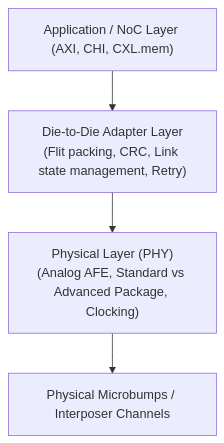
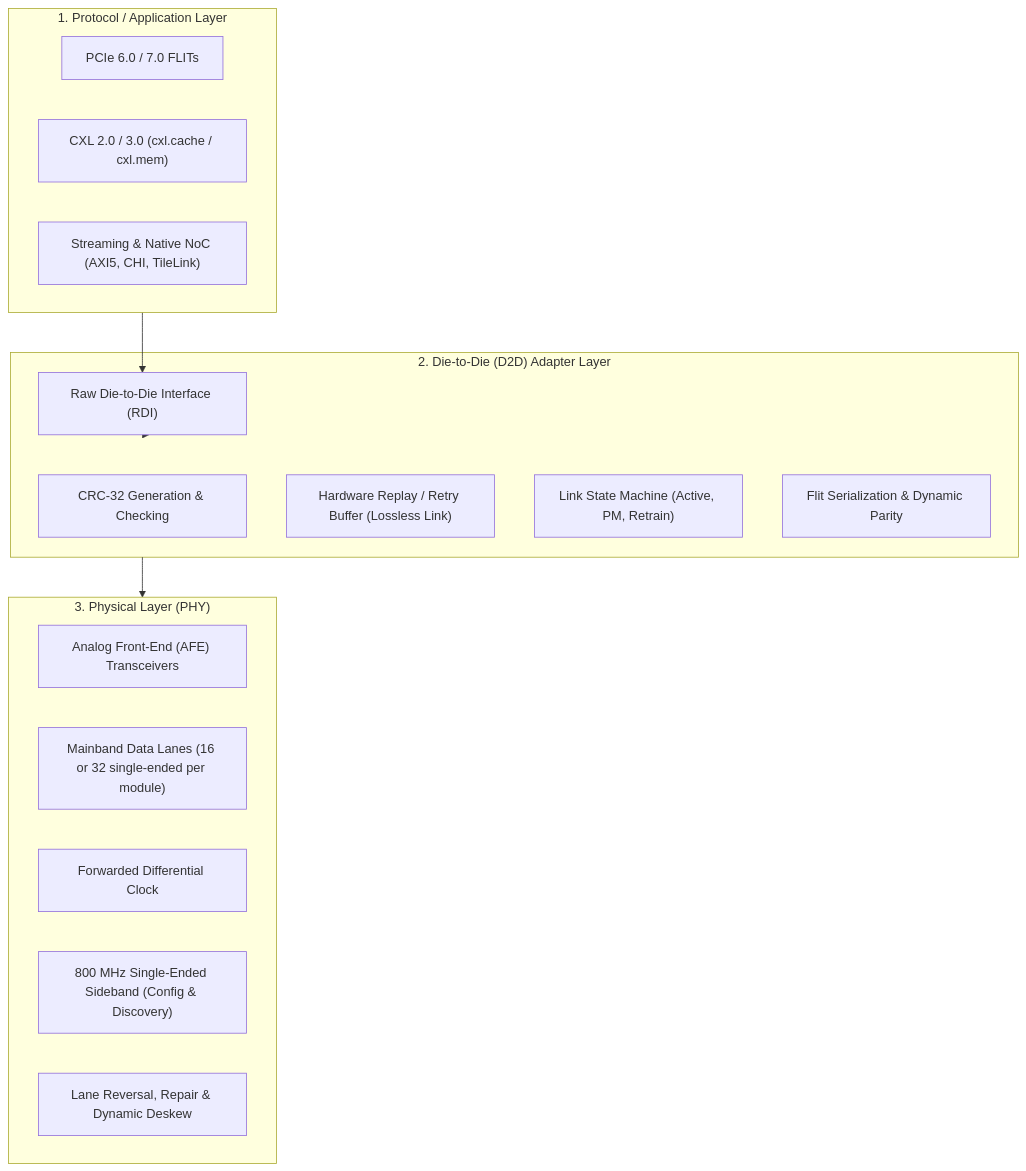
The third of 4 diagrams in docs/track6-chiplets-and-3d/02-chiplets-ucie-interconnects.md (network-on-chip/learning), drawn with Mermaid before and after one commit. The commit also changed other lines of this file and 17 other files, not shown here.

````diff
--- a/docs/track6-chiplets-and-3d/02-chiplets-ucie-interconnects.md
+++ b/docs/track6-chiplets-and-3d/02-chiplets-ucie-interconnects.md
@@ -44,9 +91,28 @@
 ```mermaid
 graph TD
-  App["Application / NoC Layer (AXI, CHI, CXL.mem)"]
-  D2D_Adapt["Die-to-Die Adapter Layer<br/>(Flit packing, CRC, Link state management, Retry)"]
-  PHY["Physical Layer (PHY)<br/>(Analog AFE, Standard vs Advanced Package, Clocking)"]
-  Wires["Physical Microbumps / Interposer Channels"]
+  subgraph Layer3 ["1. Protocol / Application Layer"]
+    PCIe["PCIe 6.0 / 7.0 FLITs"]
+    CXL["CXL 2.0 / 3.0 (cxl.cache / cxl.mem)"]
+    NoC_Native["Streaming & Native NoC (AXI5, CHI, TileLink)"]
+  end
 
-  App --> D2D_Adapt --> PHY --> Wires
+  subgraph Layer2 ["2. Die-to-Die (D2D) Adapter Layer"]
+    RDI["Raw Die-to-Die Interface (RDI)"]
+    CRC["CRC-32 Generation & Checking"]
+    Retry["Hardware Replay / Retry Buffer (Lossless Link)"]
+    LinkMgmt["Link State Machine (Active, PM, Retrain)"]
+    FlitPack["Flit Serialization & Dynamic Parity"]
+  end
+
+  subgraph Layer1 ["3. Physical Layer (PHY)"]
+    AFE["Analog Front-End (AFE) Transceivers"]
+    DataLanes["Mainband Data Lanes (16 or 32 single-ended per module)"]
+    Clock["Forwarded Differential Clock"]
+    Sideband["800 MHz Single-Ended Sideband (Config & Discovery)"]
+    Deskew["Lane Reversal, Repair & Dynamic Deskew"]
+  end
+
+  Layer3 --> RDI
+  RDI --> Layer2
+  Layer2 --> Layer1
 ```
````
